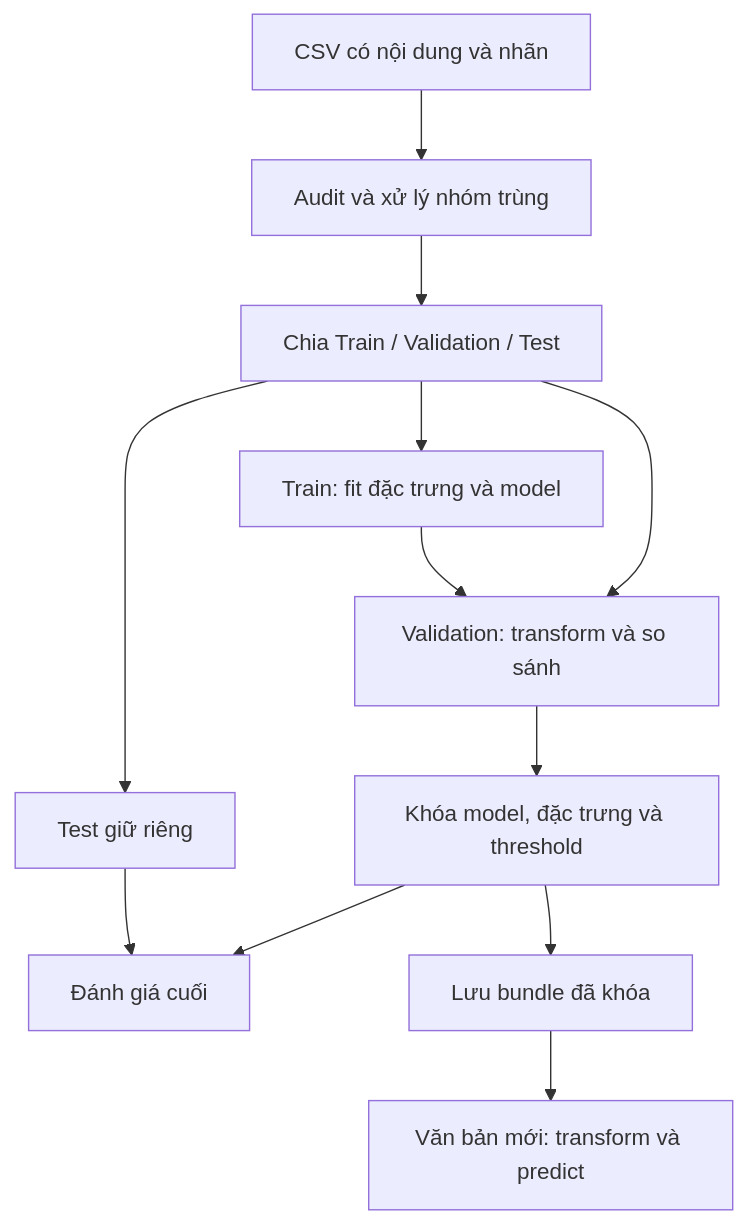
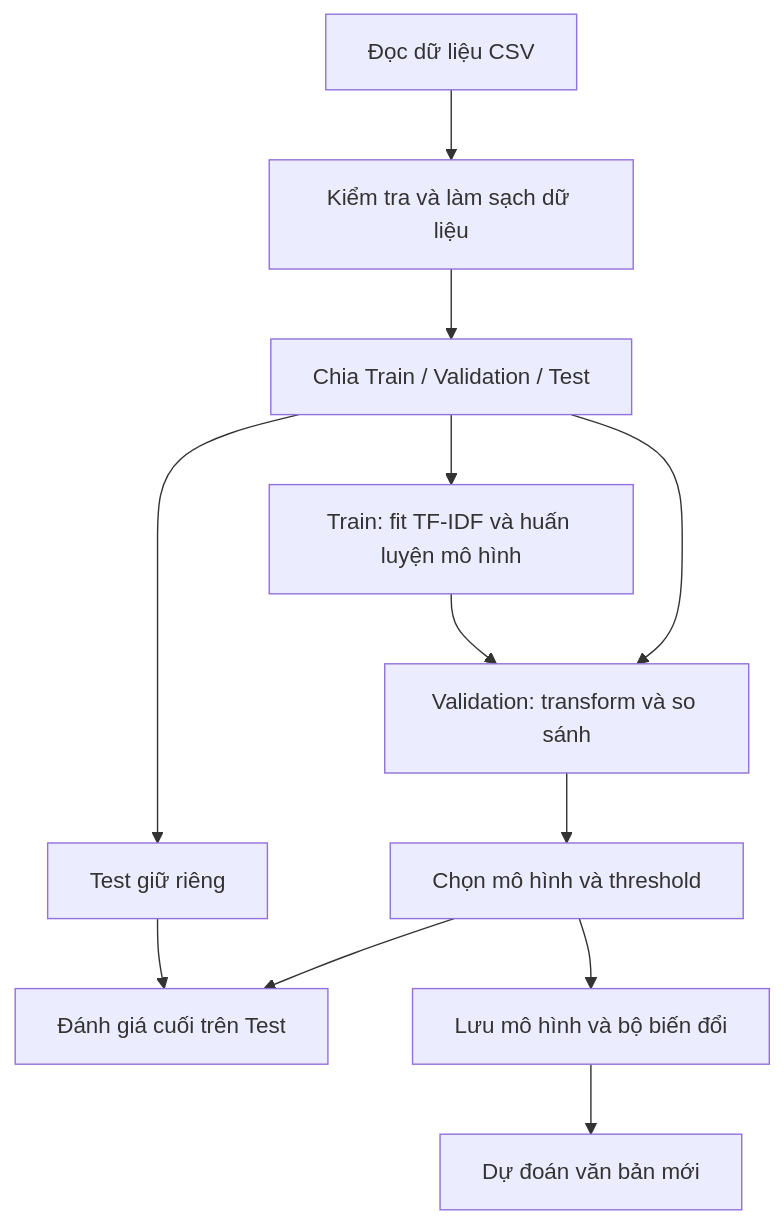
Before and after one commit to iamtien77/spam_classifier: the diagram in docs/Algorithms/design.md, drawn with Mermaid. The commit also changed other lines of this file, not shown here.

````diff
--- a/docs/Algorithms/design.md
+++ b/docs/Algorithms/design.md
@@ -85,14 +95,14 @@
 ```mermaid
 flowchart TD
-    A[CSV có nội dung và nhãn] --> B[Audit và xử lý nhóm trùng]
+    A[Đọc dữ liệu CSV] --> B[Kiểm tra và làm sạch dữ liệu]
     B --> C[Chia Train / Validation / Test]
-    C --> D[Train: fit đặc trưng và model]
+    C --> D[Train: fit TF-IDF và huấn luyện mô hình]
     C --> E[Validation: transform và so sánh]
     D --> E
-    E --> F[Khóa model, đặc trưng và threshold]
+    E --> F[Chọn mô hình và threshold]
     C --> G[Test giữ riêng]
-    F --> H[Đánh giá cuối]
+    F --> H[Đánh giá cuối trên Test]
     G --> H
-    F --> I[Lưu bundle đã khóa]
-    I --> J[Văn bản mới: transform và predict]
+    F --> I[Lưu mô hình và bộ biến đổi]
+    I --> J[Dự đoán văn bản mới]
 ```
````
